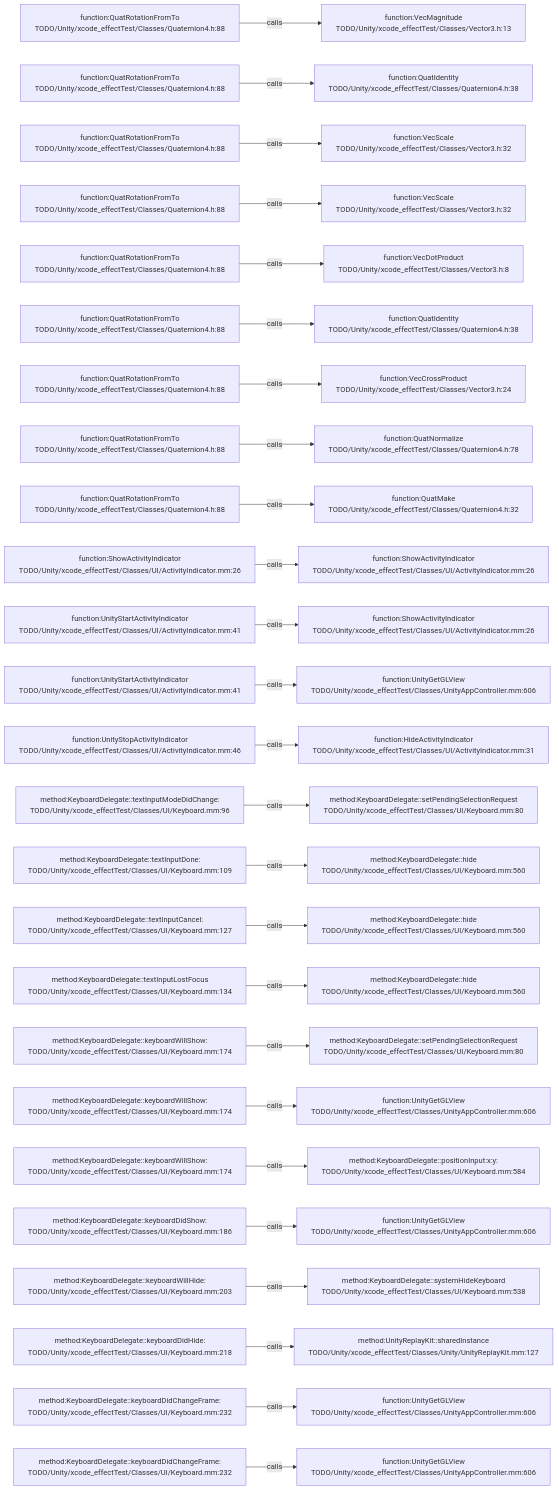
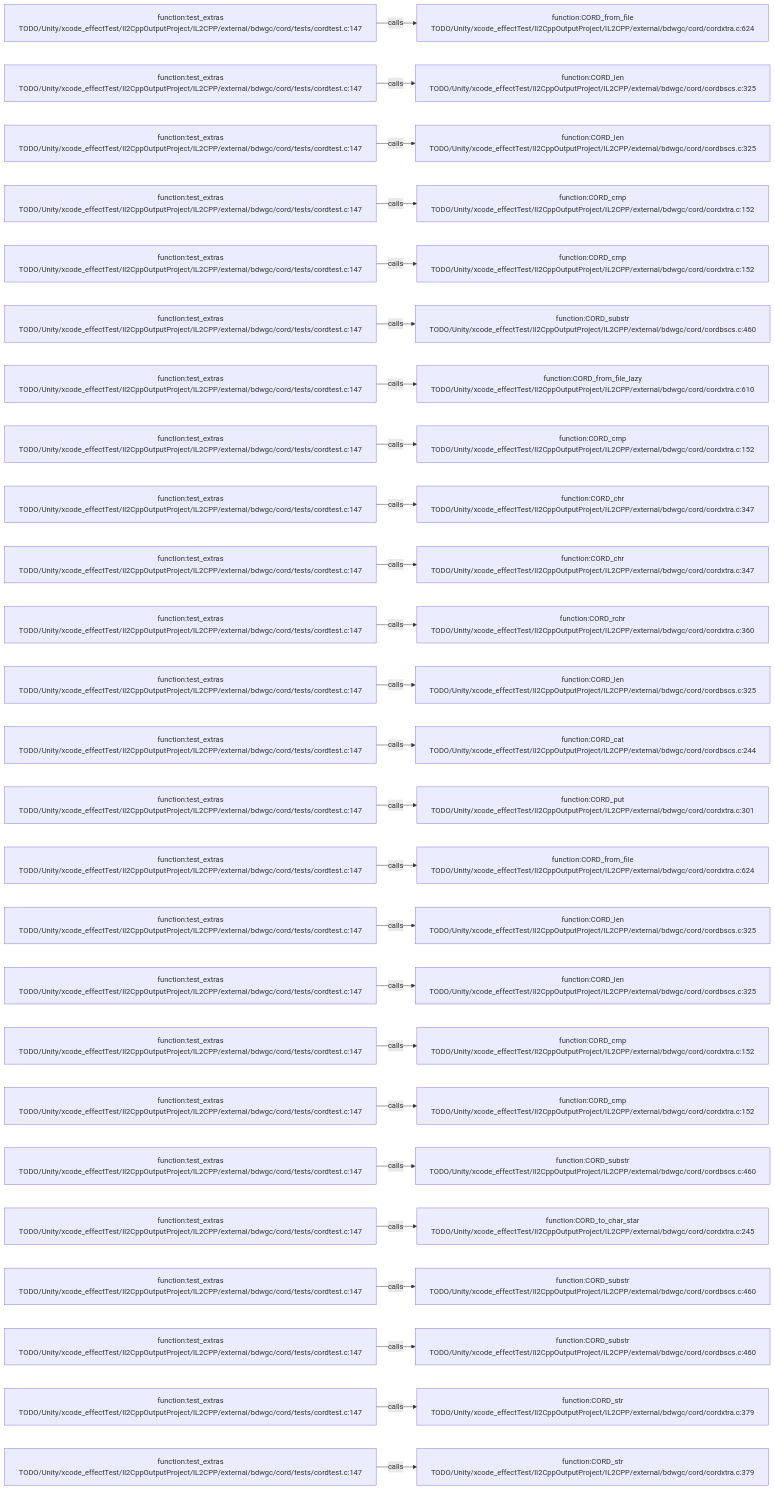
Before and after one commit to JobsKits/JobsSwiftBaseConfigDemo: the diagram in .codegraph/codegraph.md/graphs/calls-091.md, drawn with Mermaid. The commit also changed 227 other files, not shown here.

````diff
--- a/.codegraph/codegraph.md/graphs/calls-091.md
+++ b/.codegraph/codegraph.md/graphs/calls-091.md
@@ -13,78 +13,78 @@
 ```mermaid
 flowchart LR
-  S1["function:QuatRotationFromTo<br/>TODO/Unity/xcode_effectTest/Classes/Quaternion4.h:88"]
-  T1["function:VecMagnitude<br/>TODO/Unity/xcode_effectTest/Classes/Vector3.h:13"]
+  S1["function:test_extras<br/>TODO/Unity/xcode_effectTest/Il2CppOutputProject/IL2CPP/external/bdwgc/cord/tests/cordtest.c:147"]
+  T1["function:CORD_from_file<br/>TODO/Unity/xcode_effectTest/Il2CppOutputProject/IL2CPP/external/bdwgc/cord/cordxtra.c:624"]
   S1 -->|calls| T1
-  S2["function:QuatRotationFromTo<br/>TODO/Unity/xcode_effectTest/Classes/Quaternion4.h:88"]
-  T2["function:QuatIdentity<br/>TODO/Unity/xcode_effectTest/Classes/Quaternion4.h:38"]
+  S2["function:test_extras<br/>TODO/Unity/xcode_effectTest/Il2CppOutputProject/IL2CPP/external/bdwgc/cord/tests/cordtest.c:147"]
+  T2["function:CORD_len<br/>TODO/Unity/xcode_effectTest/Il2CppOutputProject/IL2CPP/external/bdwgc/cord/cordbscs.c:325"]
   S2 -->|calls| T2
-  S3["function:QuatRotationFromTo<br/>TODO/Unity/xcode_effectTest/Classes/Quaternion4.h:88"]
-  T3["function:VecScale<br/>TODO/Unity/xcode_effectTest/Classes/Vector3.h:32"]
+  S3["function:test_extras<br/>TODO/Unity/xcode_effectTest/Il2CppOutputProject/IL2CPP/external/bdwgc/cord/tests/cordtest.c:147"]
+  T3["function:CORD_len<br/>TODO/Unity/xcode_effectTest/Il2CppOutputProject/IL2CPP/external/bdwgc/cord/cordbscs.c:325"]
   S3 -->|calls| T3
-  S4["function:QuatRotationFromTo<br/>TODO/Unity/xcode_effectTest/Classes/Quaternion4.h:88"]
-  T4["function:VecScale<br/>TODO/Unity/xcode_effectTest/Classes/Vector3.h:32"]
+  S4["function:test_extras<br/>TODO/Unity/xcode_effectTest/Il2CppOutputProject/IL2CPP/external/bdwgc/cord/tests/cordtest.c:147"]
+  T4["function:CORD_cmp<br/>TODO/Unity/xcode_effectTest/Il2CppOutputProject/IL2CPP/external/bdwgc/cord/cordxtra.c:152"]
   S4 -->|calls| T4
-  S5["function:QuatRotationFromTo<br/>TODO/Unity/xcode_effectTest/Classes/Quaternion4.h:88"]
-  T5["function:VecDotProduct<br/>TODO/Unity/xcode_effectTest/Classes/Vector3.h:8"]
+  S5["function:test_extras<br/>TODO/Unity/xcode_effectTest/Il2CppOutputProject/IL2CPP/external/bdwgc/cord/tests/cordtest.c:147"]
+  T5["function:CORD_cmp<br/>TODO/Unity/xcode_effectTest/Il2CppOutputProject/IL2CPP/external/bdwgc/cord/cordxtra.c:152"]
   S5 -->|calls| T5
-  S6["function:QuatRotationFromTo<br/>TODO/Unity/xcode_effectTest/Classes/Quaternion4.h:88"]
-  T6["function:QuatIdentity<br/>TODO/Unity/xcode_effectTest/Classes/Quaternion4.h:38"]
+  S6["function:test_extras<br/>TODO/Unity/xcode_effectTest/Il2CppOutputProject/IL2CPP/external/bdwgc/cord/tests/cordtest.c:147"]
+  T6["function:CORD_substr<br/>TODO/Unity/xcode_effectTest/Il2CppOutputProject/IL2CPP/external/bdwgc/cord/cordbscs.c:460"]
   S6 -->|calls| T6
-  S7["function:QuatRotationFromTo<br/>TODO/Unity/xcode_effectTest/Classes/Quaternion4.h:88"]
-  T7["function:VecCrossProduct<br/>TODO/Unity/xcode_effectTest/Classes/Vector3.h:24"]
+  S7["function:test_extras<br/>TODO/Unity/xcode_effectTest/Il2CppOutputProject/IL2CPP/external/bdwgc/cord/tests/cordtest.c:147"]
+  T7["function:CORD_from_file_lazy<br/>TODO/Unity/xcode_effectTest/Il2CppOutputProject/IL2CPP/external/bdwgc/cord/cordxtra.c:610"]
   S7 -->|calls| T7
-  S8["function:QuatRotationFromTo<br/>TODO/Unity/xcode_effectTest/Classes/Quaternion4.h:88"]
-  T8["function:QuatNormalize<br/>TODO/Unity/xcode_effectTest/Classes/Quaternion4.h:78"]
+  S8["function:test_extras<br/>TODO/Unity/xcode_effectTest/Il2CppOutputProject/IL2CPP/external/bdwgc/cord/tests/cordtest.c:147"]
+  T8["function:CORD_cmp<br/>TODO/Unity/xcode_effectTest/Il2CppOutputProject/IL2CPP/external/bdwgc/cord/cordxtra.c:152"]
   S8 -->|calls| T8
-  S9["function:QuatRotationFromTo<br/>TODO/Unity/xcode_effectTest/Classes/Quaternion4.h:88"]
-  T9["function:QuatMake<br/>TODO/Unity/xcode_effectTest/Classes/Quaternion4.h:32"]
+  S9["function:test_extras<br/>TODO/Unity/xcode_effectTest/Il2CppOutputProject/IL2CPP/external/bdwgc/cord/tests/cordtest.c:147"]
+  T9["function:CORD_chr<br/>TODO/Unity/xcode_effectTest/Il2CppOutputProject/IL2CPP/external/bdwgc/cord/cordxtra.c:347"]
   S9 -->|calls| T9
-  S10["function:ShowActivityIndicator<br/>TODO/Unity/xcode_effectTest/Classes/UI/ActivityIndicator.mm:26"]
-  T10["function:ShowActivityIndicator<br/>TODO/Unity/xcode_effectTest/Classes/UI/ActivityIndicator.mm:26"]
+  S10["function:test_extras<br/>TODO/Unity/xcode_effectTest/Il2CppOutputProject/IL2CPP/external/bdwgc/cord/tests/cordtest.c:147"]
+  T10["function:CORD_chr<br/>TODO/Unity/xcode_effectTest/Il2CppOutputProject/IL2CPP/external/bdwgc/cord/cordxtra.c:347"]
   S10 -->|calls| T10
-  S11["function:UnityStartActivityIndicator<br/>TODO/Unity/xcode_effectTest/Classes/UI/ActivityIndicator.mm:41"]
-  T11["function:ShowActivityIndicator<br/>TODO/Unity/xcode_effectTest/Classes/UI/ActivityIndicator.mm:26"]
+  S11["function:test_extras<br/>TODO/Unity/xcode_effectTest/Il2CppOutputProject/IL2CPP/external/bdwgc/cord/tests/cordtest.c:147"]
+  T11["function:CORD_rchr<br/>TODO/Unity/xcode_effectTest/Il2CppOutputProject/IL2CPP/external/bdwgc/cord/cordxtra.c:360"]
   S11 -->|calls| T11
-  S12["function:UnityStartActivityIndicator<br/>TODO/Unity/xcode_effectTest/Classes/UI/ActivityIndicator.mm:41"]
-  T12["function:UnityGetGLView<br/>TODO/Unity/xcode_effectTest/Classes/UnityAppController.mm:606"]
+  S12["function:test_extras<br/>TODO/Unity/xcode_effectTest/Il2CppOutputProject/IL2CPP/external/bdwgc/cord/tests/cordtest.c:147"]
+  T12["function:CORD_len<br/>TODO/Unity/xcode_effectTest/Il2CppOutputProject/IL2CPP/external/bdwgc/cord/cordbscs.c:325"]
   S12 -->|calls| T12
-  S13["function:UnityStopActivityIndicator<br/>TODO/Unity/xcode_effectTest/Classes/UI/ActivityIndicator.mm:46"]
-  T13["function:HideActivityIndicator<br/>TODO/Unity/xcode_effectTest/Classes/UI/ActivityIndicator.mm:31"]
+  S13["function:test_extras<br/>TODO/Unity/xcode_effectTest/Il2CppOutputProject/IL2CPP/external/bdwgc/cord/tests/cordtest.c:147"]
+  T13["function:CORD_cat<br/>TODO/Unity/xcode_effectTest/Il2CppOutputProject/IL2CPP/external/bdwgc/cord/cordbscs.c:244"]
   S13 -->|calls| T13
-  S14["method:KeyboardDelegate::textInputModeDidChange:<br/>TODO/Unity/xcode_effectTest/Classes/UI/Keyboard.mm:96"]
-  T14["method:KeyboardDelegate::setPendingSelectionRequest<br/>TODO/Unity/xcode_effectTest/Classes/UI/Keyboard.mm:80"]
+  S14["function:test_extras<br/>TODO/Unity/xcode_effectTest/Il2CppOutputProject/IL2CPP/external/bdwgc/cord/tests/cordtest.c:147"]
+  T14["function:CORD_put<br/>TODO/Unity/xcode_effectTest/Il2CppOutputProject/IL2CPP/external/bdwgc/cord/cordxtra.c:301"]
   S14 -->|calls| T14
-  S15["method:KeyboardDelegate::textInputDone:<br/>TODO/Unity/xcode_effectTest/Classes/UI/Keyboard.mm:109"]
-  T15["method:KeyboardDelegate::hide<br/>TODO/Unity/xcode_effectTest/Classes/UI/Keyboard.mm:560"]
+  S15["function:test_extras<br/>TODO/Unity/xcode_effectTest/Il2CppOutputProject/IL2CPP/external/bdwgc/cord/tests/cordtest.c:147"]
+  T15["function:CORD_from_file<br/>TODO/Unity/xcode_effectTest/Il2CppOutputProject/IL2CPP/external/bdwgc/cord/cordxtra.c:624"]
   S15 -->|calls| T15
-  S16["method:KeyboardDelegate::textInputCancel:<br/>TODO/Unity/xcode_effectTest/Classes/UI/Keyboard.mm:127"]
-  T16["method:KeyboardDelegate::hide<br/>TODO/Unity/xcode_effectTest/Classes/UI/Keyboard.mm:560"]
+  S16["function:test_extras<br/>TODO/Unity/xcode_effectTest/Il2CppOutputProject/IL2CPP/external/bdwgc/cord/tests/cordtest.c:147"]
+  T16["function:CORD_len<br/>TODO/Unity/xcode_effectTest/Il2CppOutputProject/IL2CPP/external/bdwgc/cord/cordbscs.c:325"]
   S16 -->|calls| T16
-  S17["method:KeyboardDelegate::textInputLostFocus<br/>TODO/Unity/xcode_effectTest/Classes/UI/Keyboard.mm:134"]
-  T17["method:KeyboardDelegate::hide<br/>TODO/Unity/xcode_effectTest/Classes/UI/Keyboard.mm:560"]
+  S17["function:test_extras<br/>TODO/Unity/xcode_effectTest/Il2CppOutputProject/IL2CPP/external/bdwgc/cord/tests/cordtest.c:147"]
+  T17["function:CORD_len<br/>TODO/Unity/xcode_effectTest/Il2CppOutputProject/IL2CPP/external/bdwgc/cord/cordbscs.c:325"]
   S17 -->|calls| T17
-  S18["method:KeyboardDelegate::keyboardWillShow:<br/>TODO/Unity/xcode_effectTest/Classes/UI/Keyboard.mm:174"]
-  T18["method:KeyboardDelegate::setPendingSelectionRequest<br/>TODO/Unity/xcode_effectTest/Classes/UI/Keyboard.mm:80"]
+  S18["function:test_extras<br/>TODO/Unity/xcode_effectTest/Il2CppOutputProject/IL2CPP/external/bdwgc/cord/tests/cordtest.c:147"]
+  T18["function:CORD_cmp<br/>TODO/Unity/xcode_effectTest/Il2CppOutputProject/IL2CPP/external/bdwgc/cord/cordxtra.c:152"]
   S18 -->|calls| T18
-  S19["method:KeyboardDelegate::keyboardWillShow:<br/>TODO/Unity/xcode_effectTest/Classes/UI/Keyboard.mm:174"]
-  T19["function:UnityGetGLView<br/>TODO/Unity/xcode_effectTest/Classes/UnityAppController.mm:606"]
+  S19["function:test_extras<br/>TODO/Unity/xcode_effectTest/Il2CppOutputProject/IL2CPP/external/bdwgc/cord/tests/cordtest.c:147"]
+  T19["function:CORD_cmp<br/>TODO/Unity/xcode_effectTest/Il2CppOutputProject/IL2CPP/external/bdwgc/cord/cordxtra.c:152"]
   S19 -->|calls| T19
-  S20["method:KeyboardDelegate::keyboardWillShow:<br/>TODO/Unity/xcode_effectTest/Classes/UI/Keyboard.mm:174"]
-  T20["method:KeyboardDelegate::positionInput:x:y:<br/>TODO/Unity/xcode_effectTest/Classes/UI/Keyboard.mm:584"]
+  S20["function:test_extras<br/>TODO/Unity/xcode_effectTest/Il2CppOutputProject/IL2CPP/external/bdwgc/cord/tests/cordtest.c:147"]
+  T20["function:CORD_substr<br/>TODO/Unity/xcode_effectTest/Il2CppOutputProject/IL2CPP/external/bdwgc/cord/cordbscs.c:460"]
   S20 -->|calls| T20
-  S21["method:KeyboardDelegate::keyboardDidShow:<br/>TODO/Unity/xcode_effectTest/Classes/UI/Keyboard.mm:186"]
-  T21["function:UnityGetGLView<br/>TODO/Unity/xcode_effectTest/Classes/UnityAppController.mm:606"]
+  S21["function:test_extras<br/>TODO/Unity/xcode_effectTest/Il2CppOutputProject/IL2CPP/external/bdwgc/cord/tests/cordtest.c:147"]
+  T21["function:CORD_to_char_star<br/>TODO/Unity/xcode_effectTest/Il2CppOutputProject/IL2CPP/external/bdwgc/cord/cordxtra.c:245"]
   S21 -->|calls| T21
-  S22["method:KeyboardDelegate::keyboardWillHide:<br/>TODO/Unity/xcode_effectTest/Classes/UI/Keyboard.mm:203"]
-  T22["method:KeyboardDelegate::systemHideKeyboard<br/>TODO/Unity/xcode_effectTest/Classes/UI/Keyboard.mm:538"]
+  S22["function:test_extras<br/>TODO/Unity/xcode_effectTest/Il2CppOutputProject/IL2CPP/external/bdwgc/cord/tests/cordtest.c:147"]
+  T22["function:CORD_substr<br/>TODO/Unity/xcode_effectTest/Il2CppOutputProject/IL2CPP/external/bdwgc/cord/cordbscs.c:460"]
   S22 -->|calls| T22
-  S23["method:KeyboardDelegate::keyboardDidHide:<br/>TODO/Unity/xcode_effectTest/Classes/UI/Keyboard.mm:218"]
-  T23["method:UnityReplayKit::sharedInstance<br/>TODO/Unity/xcode_effectTest/Classes/Unity/UnityReplayKit.mm:127"]
+  S23["function:test_extras<br/>TODO/Unity/xcode_effectTest/Il2CppOutputProject/IL2CPP/external/bdwgc/cord/tests/cordtest.c:147"]
+  T23["function:CORD_substr<br/>TODO/Unity/xcode_effectTest/Il2CppOutputProject/IL2CPP/external/bdwgc/cord/cordbscs.c:460"]
   S23 -->|calls| T23
-  S24["method:KeyboardDelegate::keyboardDidChangeFrame:<br/>TODO/Unity/xcode_effectTest/Classes/UI/Keyboard.mm:232"]
-  T24["function:UnityGetGLView<br/>TODO/Unity/xcode_effectTest/Classes/UnityAppController.mm:606"]
+  S24["function:test_extras<br/>TODO/Unity/xcode_effectTest/Il2CppOutputProject/IL2CPP/external/bdwgc/cord/tests/cordtest.c:147"]
+  T24["function:CORD_str<br/>TODO/Unity/xcode_effectTest/Il2CppOutputProject/IL2CPP/external/bdwgc/cord/cordxtra.c:379"]
   S24 -->|calls| T24
-  S25["method:KeyboardDelegate::keyboardDidChangeFrame:<br/>TODO/Unity/xcode_effectTest/Classes/UI/Keyboard.mm:232"]
-  T25["function:UnityGetGLView<br/>TODO/Unity/xcode_effectTest/Classes/UnityAppController.mm:606"]
+  S25["function:test_extras<br/>TODO/Unity/xcode_effectTest/Il2CppOutputProject/IL2CPP/external/bdwgc/cord/tests/cordtest.c:147"]
+  T25["function:CORD_str<br/>TODO/Unity/xcode_effectTest/Il2CppOutputProject/IL2CPP/external/bdwgc/cord/cordxtra.c:379"]
   S25 -->|calls| T25
 ```
````
